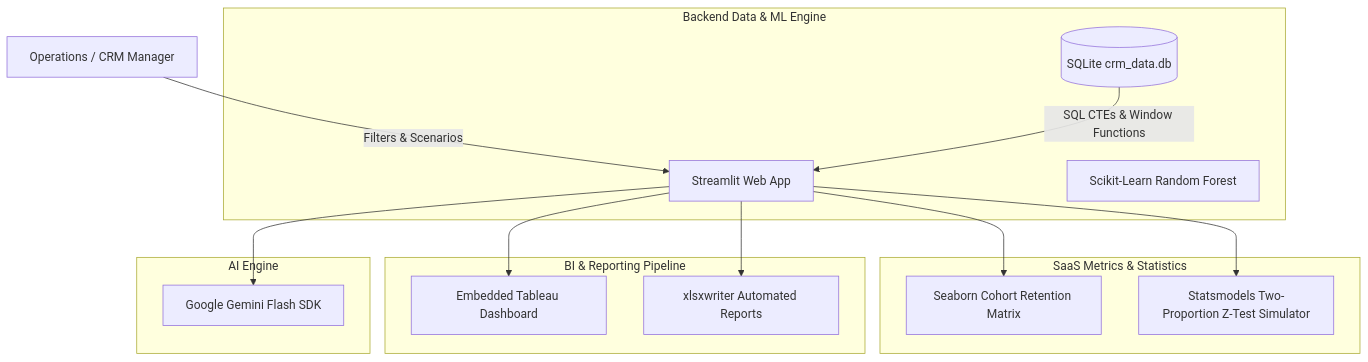
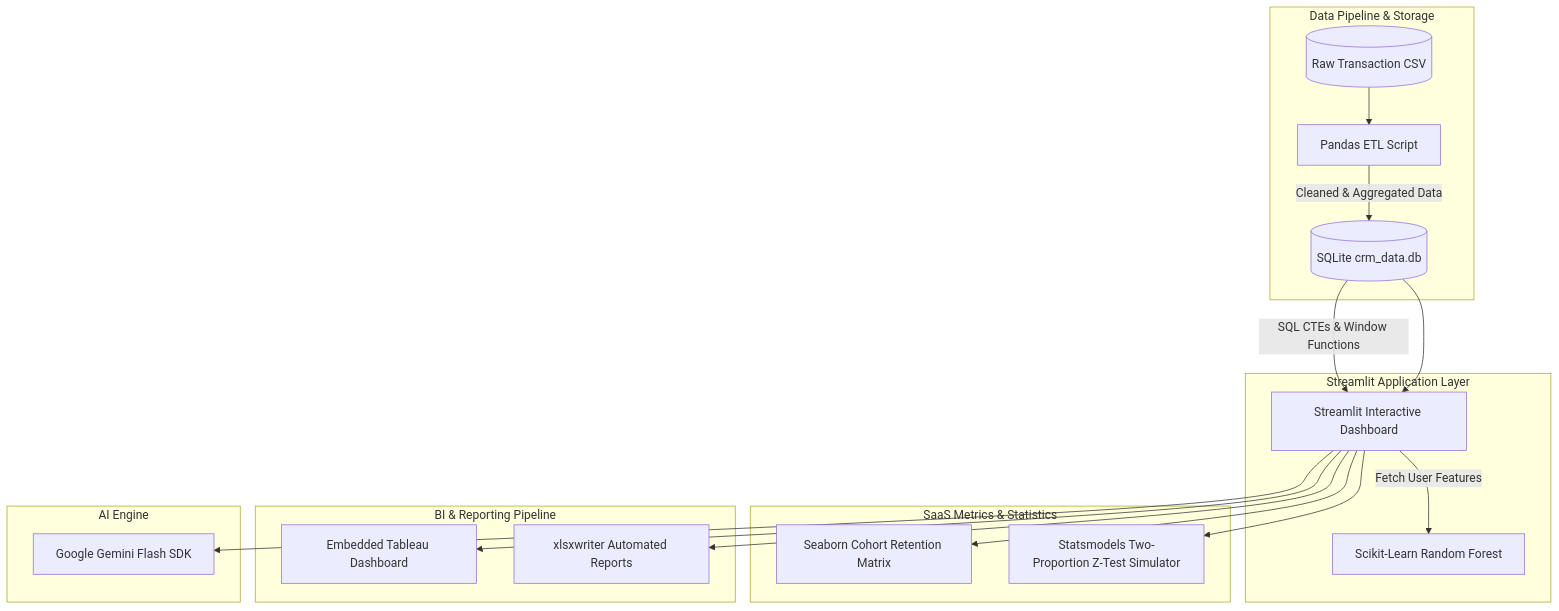
Before and after one commit to anshullakra007/fintech-churn-analyzer: the diagram in README.md, drawn with Mermaid. The commit also changed other lines of this file, not shown here.

````diff
--- a/README.md
+++ b/README.md
@@ -29,30 +7,34 @@
 ```mermaid
-graph TD
-    User[Operations / CRM Manager] -->|Filters & Scenarios| UI[Streamlit Web App]
-    
-    subgraph "Backend Data & ML Engine"
-        DB[(SQLite crm_data.db)]
+flowchart TD
+    subgraph "Data Pipeline & Storage"
+        Raw[(Raw Transaction CSV)] --> ETL[Pandas ETL Script]
+        ETL -->|Cleaned & Aggregated Data| DB[(SQLite crm_data.db)]
+    end
+
+    subgraph "Streamlit Application Layer"
+        DB --> UI[Streamlit Interactive Dashboard]
+        UI -->|Fetch User Features| ML
         ML[Scikit-Learn Random Forest]
         DB -->|SQL CTEs & Window Functions| UI
     end
     
     subgraph "SaaS Metrics & Statistics"
         Cohort[Seaborn Cohort Retention Matrix]
         AB[Statsmodels Two-Proportion Z-Test Simulator]
     end
     
     subgraph "BI & Reporting Pipeline"
         Tab[Embedded Tableau Dashboard]
         Excel[xlsxwriter Automated Reports]
     end
     
     subgraph "AI Engine"
         Gemini[Google Gemini Flash SDK]
     end
 
     UI --> Cohort
     UI --> AB
     UI --> Tab
     UI --> Excel
     UI --> Gemini
 ```
````
